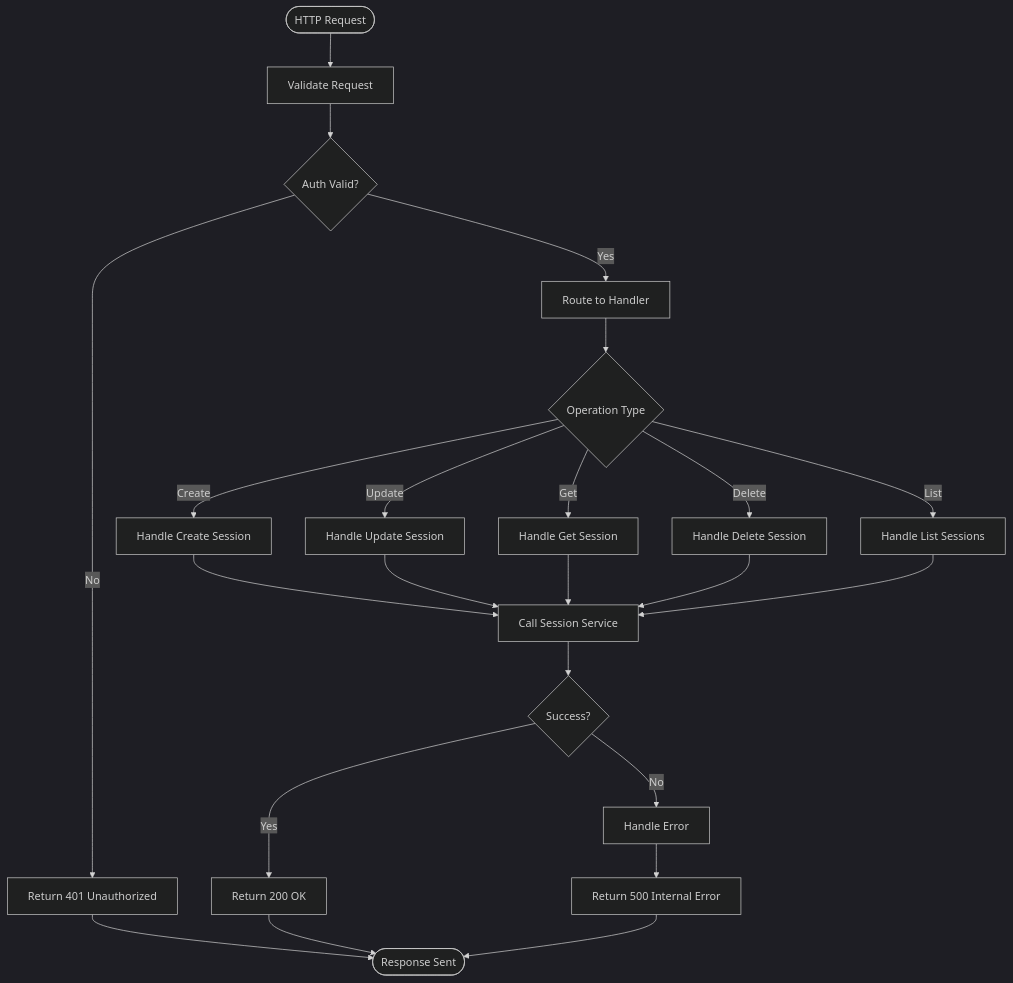
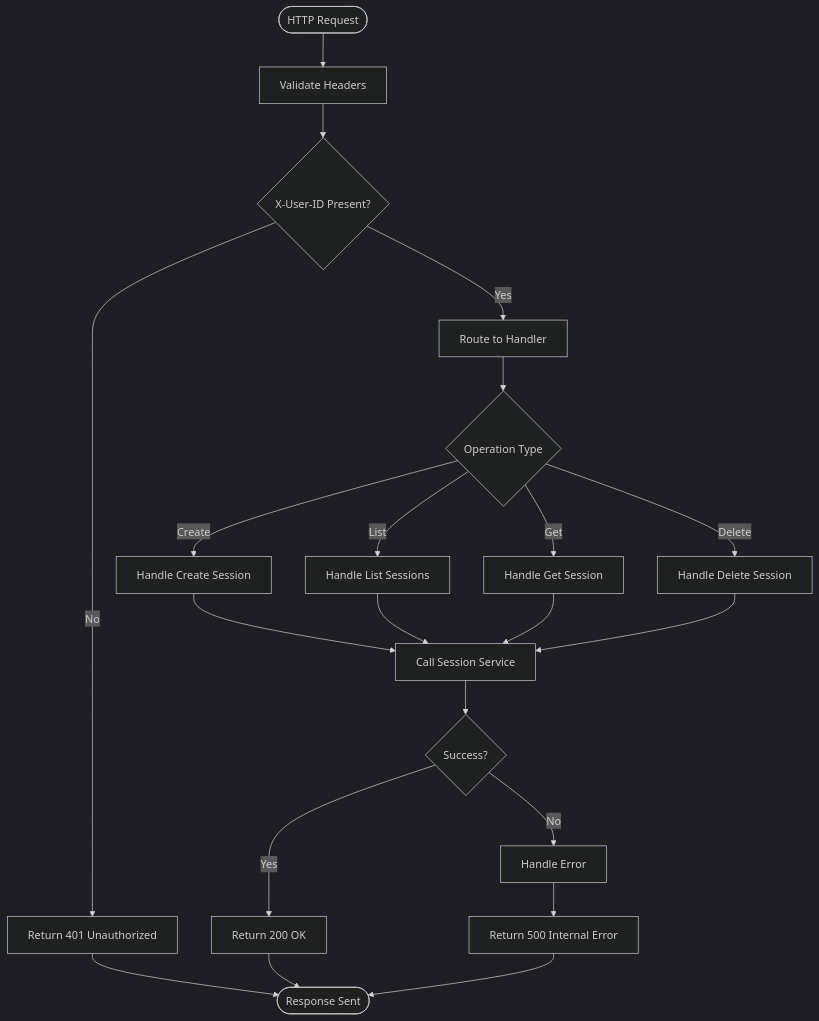
Before and after one commit to metasync/luban-aiops: the fourth of 10 diagrams in .qoder/repowiki/en/content/API Reference/Agent Platform API/Session Management API.md, drawn with Mermaid (dark theme). The commit also changed other lines of this file and 43 other files, not shown here.

````diff
--- a/.qoder/repowiki/en/content/API Reference/Agent Platform API/Session Management API.md
+++ b/.qoder/repowiki/en/content/API Reference/Agent Platform API/Session Management API.md
@@ -182,25 +207,23 @@
 ```mermaid
 flowchart TD
-Start([HTTP Request]) --> Validate["Validate Request"]
-Validate --> AuthCheck{"Auth Valid?"}
+Start([HTTP Request]) --> Validate["Validate Headers"]
+Validate --> AuthCheck{"X-User-ID Present?"}
 AuthCheck --> |No| Return401["Return 401 Unauthorized"]
 AuthCheck --> |Yes| Route["Route to Handler"]
-Route --> Create{"Operation Type"}
-Create --> |Create| HandleCreate["Handle Create Session"]
-Create --> |Update| HandleUpdate["Handle Update Session"]
-Create --> |Get| HandleGet["Handle Get Session"]
-Create --> |Delete| HandleDelete["Handle Delete Session"]
-Create --> |List| HandleList["Handle List Sessions"]
+Route --> Operation{"Operation Type"}
+Operation --> |Create| HandleCreate["Handle Create Session"]
+Operation --> |List| HandleList["Handle List Sessions"]
+Operation --> |Get| HandleGet["Handle Get Session"]
+Operation --> |Delete| HandleDelete["Handle Delete Session"]
 HandleCreate --> CallService["Call Session Service"]
-HandleUpdate --> CallService
+HandleList --> CallService
 HandleGet --> CallService
 HandleDelete --> CallService
-HandleList --> CallService
 CallService --> Success{"Success?"}
 Success --> |Yes| Return200["Return 200 OK"]
 Success --> |No| HandleError["Handle Error"]
 HandleError --> Return500["Return 500 Internal Error"]
 Return200 --> End([Response Sent])
 Return401 --> End
 Return500 --> End
 ```
````
